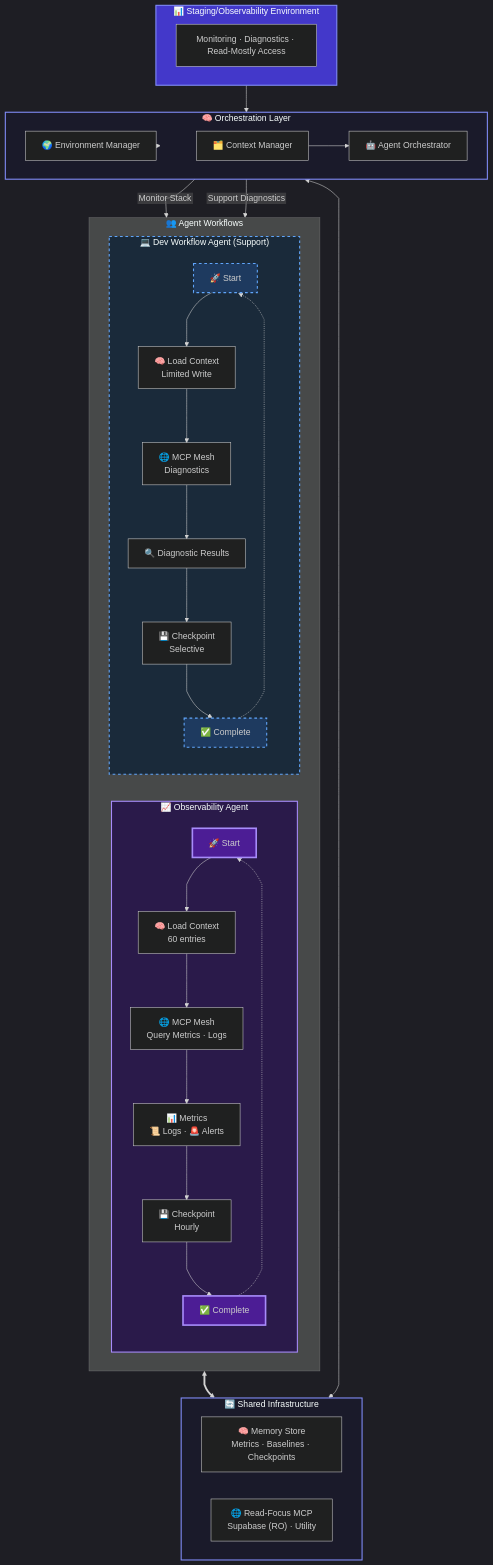
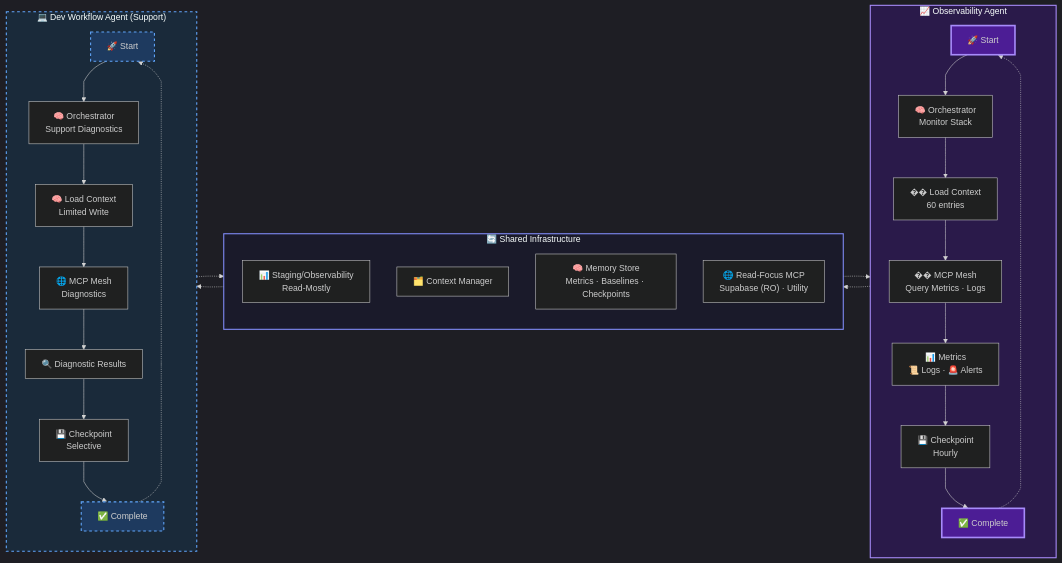
One commit to Alextorelli/ProspectPro changed the diagram in dev-tools/workspace/context/session_store/context-staging.mmd. Above: the diagram before and after it, drawn with Mermaid.

Commit message:
feat: update flowchart structure for observability and development workflows with improved clarity and organization

```diff
--- a/dev-tools/workspace/context/session_store/context-staging.mmd
+++ b/dev-tools/workspace/context/session_store/context-staging.mmd
@@ -1,76 +1,59 @@
 %%{init: { "theme": "dark", "fontFamily": "Inter", "flowchart": { "htmlLabels": false, "curve": "monotoneX" } }}%%
-flowchart TB
-    subgraph ENV["📊 Staging/Observability Environment"]
-        ENV_LABEL["Monitoring · Diagnostics · Read-Mostly Access"]
-    end
-    
-    subgraph ORCH["🧠 Orchestration Layer"]
-        direction LR
-        CM["🗂️ Context Manager"]
-        AO["🤖 Agent Orchestrator"]
-        EM["🌍 Environment Manager"]
+flowchart LR
+    subgraph OBS_FLOW["📈 Observability Agent"]
+        direction TB
+        OBS_START["🚀 Start"]
+        OBS_ORCH["🧠 Orchestrator<br/>Monitor Stack"]
+        OBS_MEM["�� Load Context<br/>60 entries"]
+        OBS_MCP["�� MCP Mesh<br/>Query Metrics · Logs"]
+        OBS_SIG["📊 Metrics<br/>📜 Logs · 🚨 Alerts"]
+        OBS_SAVE["💾 Checkpoint<br/>Hourly"]
+        OBS_END["✅ Complete"]
+        
+        OBS_START --> OBS_ORCH
+        OBS_ORCH --> OBS_MEM
+        OBS_MEM --> OBS_MCP
+        OBS_MCP --> OBS_SIG
+        OBS_SIG --> OBS_SAVE
+        OBS_SAVE --> OBS_END
+        OBS_END -.-> OBS_START
     end
 
-    ENV --> EM
-    EM --> ORCH
-    CM --> AO
-
-    subgraph AGENTS["👥 Agent Workflows"]
-        direction LR
-        
-        subgraph OBS_FLOW["📈 Observability Agent"]
-            direction TB
-            OBS_START["🚀 Start"]
-            OBS_MEM["🧠 Load Context<br/>60 entries"]
-            OBS_MCP["🌐 MCP Mesh<br/>Query Metrics · Logs"]
-            OBS_SIG["📊 Metrics<br/>📜 Logs · 🚨 Alerts"]
-            OBS_SAVE["💾 Checkpoint<br/>Hourly"]
-            OBS_END["✅ Complete"]
-            
-            OBS_START --> OBS_MEM
-            OBS_MEM --> OBS_MCP
-            OBS_MCP --> OBS_SIG
-            OBS_SIG --> OBS_SAVE
-            OBS_SAVE --> OBS_END
-            OBS_END -.-> OBS_START
-        end
-
-        subgraph DEV_FLOW["💻 Dev Workflow Agent (Support)"]
-            direction TB
-            DEV_START["🚀 Start"]
-            DEV_MEM["🧠 Load Context<br/>Limited Write"]
-            DEV_MCP["🌐 MCP Mesh<br/>Diagnostics"]
-            DEV_SIG["🔍 Diagnostic Results"]
-            DEV_SAVE["💾 Checkpoint<br/>Selective"]
-            DEV_END["✅ Complete"]
-            
-            DEV_START --> DEV_MEM
-            DEV_MEM --> DEV_MCP
-            DEV_MCP --> DEV_SIG
-            DEV_SIG --> DEV_SAVE
-            DEV_SAVE --> DEV_END
-            DEV_END -.-> DEV_START
-        end
-    end
-
-    AO -- "Monitor Stack" --> OBS_START
-    AO -- "Support Diagnostics" --> DEV_START
-
     subgraph SHARED["🔄 Shared Infrastructure"]
-        direction LR
+        ENV["📊 Staging/Observability<br/>Read-Mostly"]
+        CM["🗂️ Context Manager"]
         MEMORY["🧠 Memory Store<br/>Metrics · Baselines · Checkpoints"]
         MCP["🌐 Read-Focus MCP<br/>Supabase (RO) · Utility"]
     end
 
-    AGENTS <==> SHARED
-    ORCH <--> SHARED
+    subgraph DEV_FLOW["💻 Dev Workflow Agent (Support)"]
+        direction TB
+        DEV_START["🚀 Start"]
+        DEV_ORCH["🧠 Orchestrator<br/>Support Diagnostics"]
+        DEV_MEM["🧠 Load Context<br/>Limited Write"]
+        DEV_MCP["🌐 MCP Mesh<br/>Diagnostics"]
+        DEV_SIG["🔍 Diagnostic Results"]
+        DEV_SAVE["💾 Checkpoint<br/>Selective"]
+        DEV_END["✅ Complete"]
+        
+        DEV_START --> DEV_ORCH
+        DEV_ORCH --> DEV_MEM
+        DEV_MEM --> DEV_MCP
+        DEV_MCP --> DEV_SIG
+        DEV_SIG --> DEV_SAVE
+        DEV_SAVE --> DEV_END
+        DEV_END -.-> DEV_START
+    end
 
-    style ENV fill:#4338ca,stroke:#818cf8,stroke-width:2px
-    style ORCH fill:#1a1a2a,stroke:#818cf8,stroke-width:2px
+    OBS_FLOW -.-> SHARED
+    DEV_FLOW -.-> SHARED
+    SHARED -.-> OBS_FLOW
+    SHARED -.-> DEV_FLOW
+
     style OBS_FLOW fill:#2a1a4a,stroke:#a78bfa,stroke-width:2px
     style DEV_FLOW fill:#1a2a3a,stroke:#60a5fa,stroke-width:2px,stroke-dasharray: 5 5
     style SHARED fill:#1a1a2a,stroke:#818cf8,stroke-width:2px
     style OBS_START fill:#4c1d95,stroke:#a78bfa,stroke-width:3px
     style DEV_START fill:#1e3a5f,stroke:#60a5fa,stroke-width:2px,stroke-dasharray: 5 5
     style OBS_END fill:#4c1d95,stroke:#a78bfa,stroke-width:3px
     style DEV_END fill:#1e3a5f,stroke:#60a5fa,stroke-width:2px,stroke-dasharray: 5 5
```
